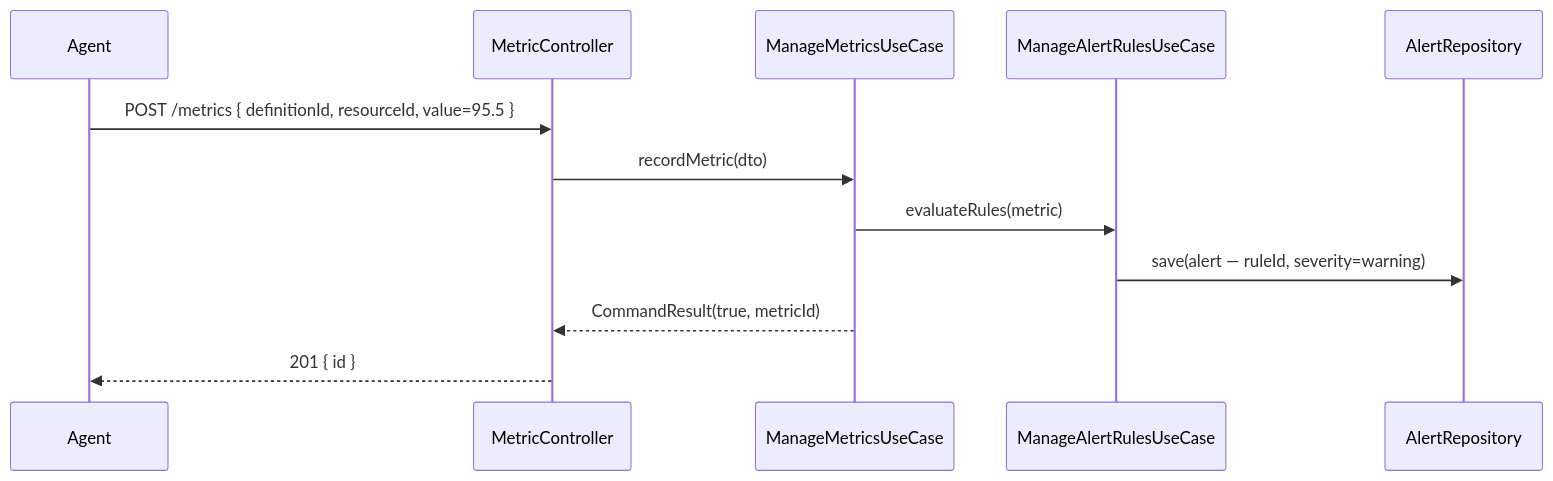
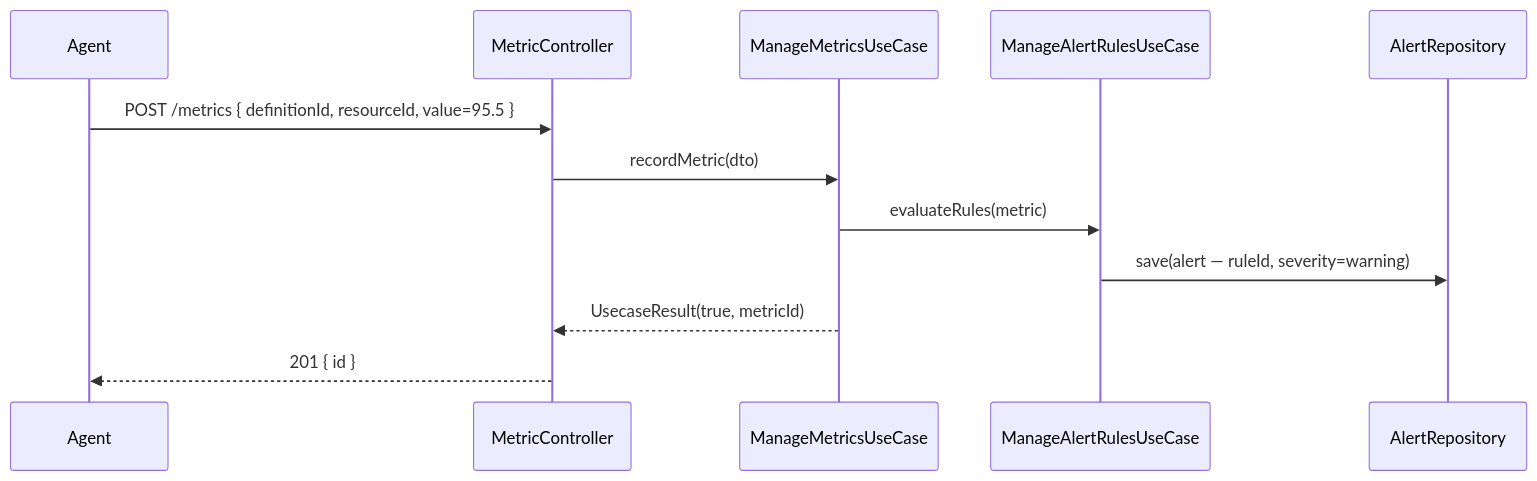
One commit to UIMSolutions/uim-platform changed the third of 3 diagrams in monitoring/UML.md. Above: the diagram before and after it, drawn with Mermaid. The commit also changed 907 other files, not shown here.

Commit message:
Rename CommandResult

````diff
--- a/monitoring/UML.md
+++ b/monitoring/UML.md
@@ -142,15 +142,15 @@
 ```mermaid
 sequenceDiagram
     participant Agent
     participant MC as MetricController
     participant MUC as ManageMetricsUseCase
     participant ARUC as ManageAlertRulesUseCase
     participant AR as AlertRepository
 
     Agent->>MC: POST /metrics { definitionId, resourceId, value=95.5 }
     MC->>MUC: recordMetric(dto)
     MUC->>ARUC: evaluateRules(metric)
     ARUC->>AR: save(alert — ruleId, severity=warning)
-    MUC-->>MC: CommandResult(true, metricId)
+    MUC-->>MC: UsecaseResult(true, metricId)
     MC-->>Agent: 201 { id }
 ```
````
